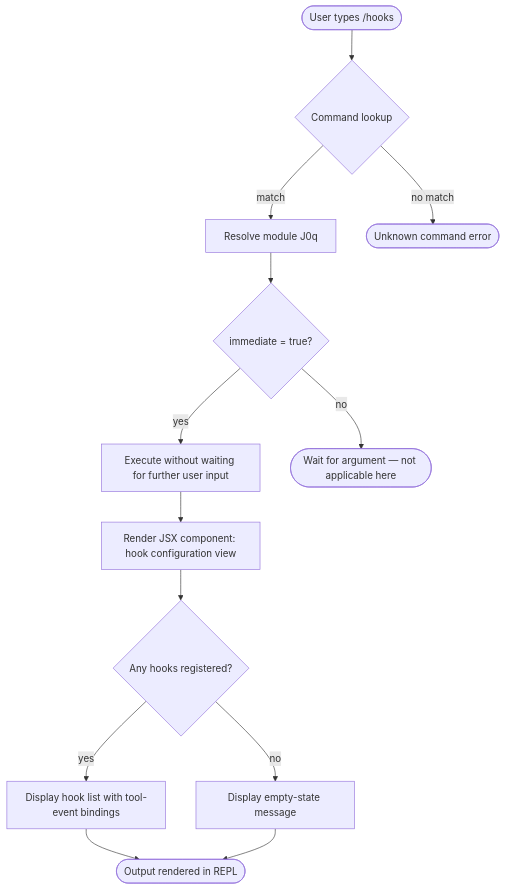
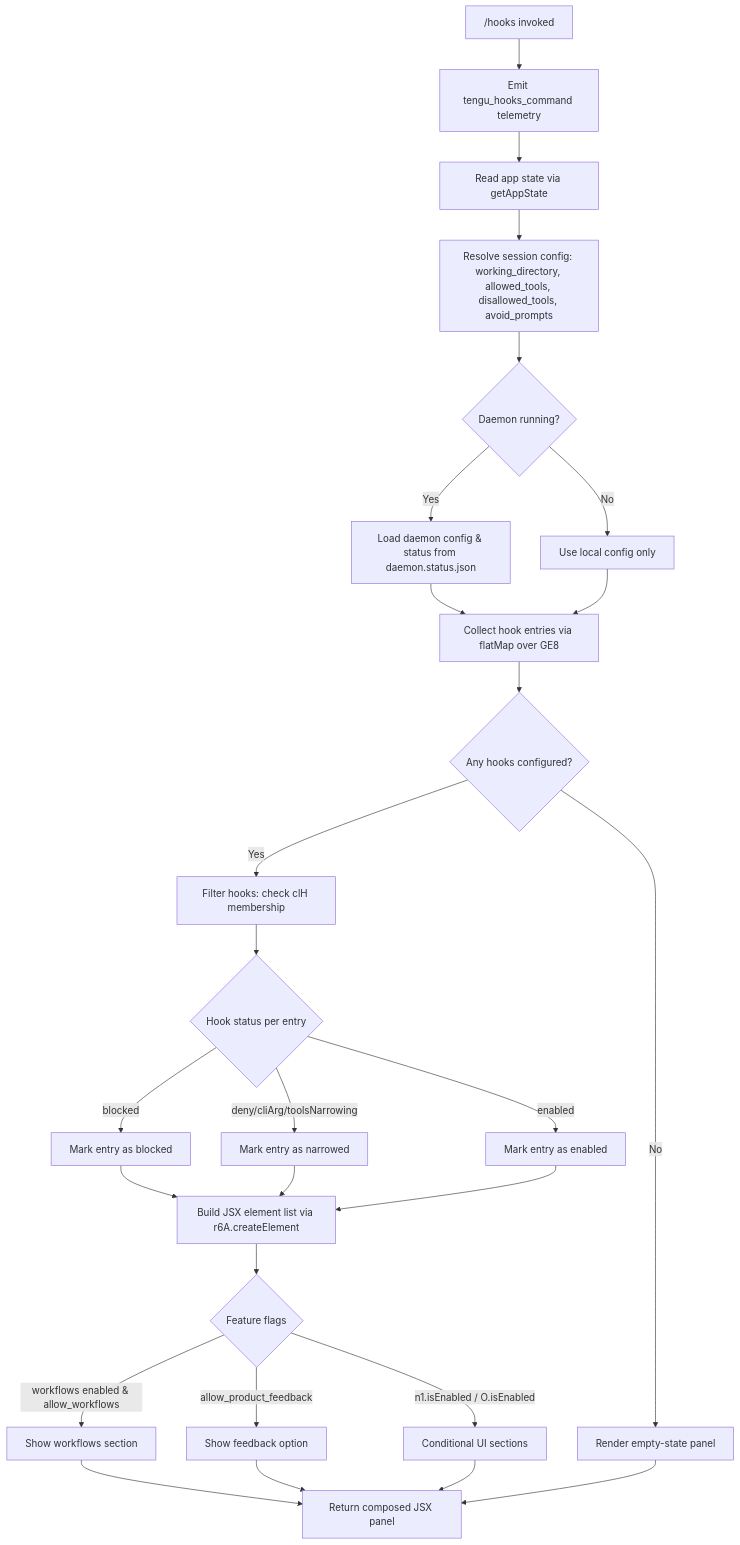
One commit to MyLittleLuckyDog/cc-gnothi changed the diagram in versions/v2.1.157/hooks.md. Above: the diagram before and after it, drawn with Mermaid. The commit also changed other lines of this file and 593 other files, not shown here.

````diff
--- a/versions/v2.1.157/hooks.md
+++ b/versions/v2.1.157/hooks.md
@@ -47,15 +55,29 @@
 ```mermaid
 flowchart TD
-    A([User types /hooks]) --> B{Command lookup}
-    B -- match --> C[Resolve module J0q]
-    B -- no match --> Z([Unknown command error])
-    C --> D{immediate = true?}
-    D -- yes --> E[Execute without waiting for further user input]
-    D -- no --> F([Wait for argument — not applicable here])
-    E --> G[Render JSX component: hook configuration view]
-    G --> H{Any hooks registered?}
-    H -- yes --> I[Display hook list with tool-event bindings]
-    H -- no --> J[Display empty-state message]
-    I --> K([Output rendered in REPL])
-    J --> K
+    A["/hooks invoked"] --> B[Emit tengu_hooks_command telemetry]
+    B --> C[Read app state via getAppState]
+    C --> D[Resolve session config: working_directory, allowed_tools, disallowed_tools, avoid_prompts]
+    D --> E{Daemon running?}
+    E -- Yes --> F[Load daemon config & status from daemon.status.json]
+    E -- No --> G[Use local config only]
+    F --> H[Collect hook entries via flatMap over GE8]
+    G --> H
+    H --> I{Any hooks configured?}
+    I -- No --> J[Render empty-state panel]
+    I -- Yes --> K[Filter hooks: check clH membership]
+    K --> L{Hook status per entry}
+    L -- blocked --> M[Mark entry as blocked]
+    L -- deny/cliArg/toolsNarrowing --> N[Mark entry as narrowed]
+    L -- enabled --> O[Mark entry as enabled]
+    M --> P[Build JSX element list via r6A.createElement]
+    N --> P
+    O --> P
+    P --> Q{Feature flags}
+    Q -- workflows enabled & allow_workflows --> R[Show workflows section]
+    Q -- allow_product_feedback --> S[Show feedback option]
+    Q -- n1.isEnabled / O.isEnabled --> T[Conditional UI sections]
+    R --> U[Return composed JSX panel]
+    S --> U
+    T --> U
+    J --> U
 ```
````
